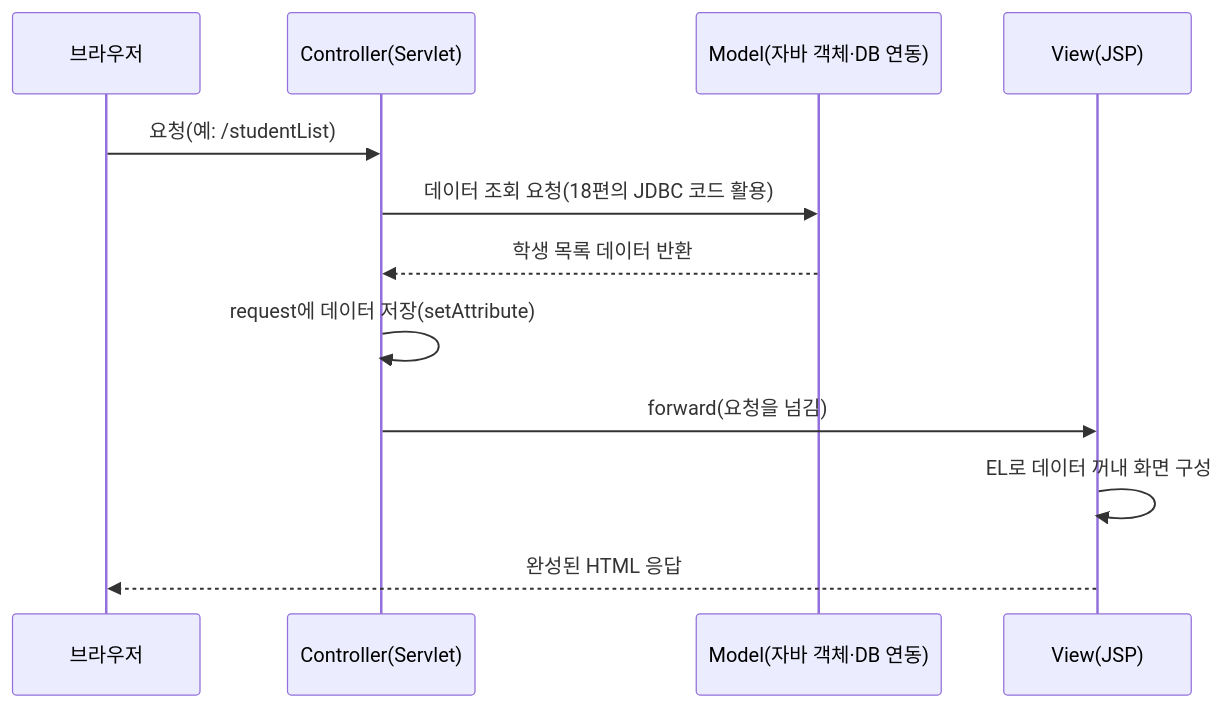
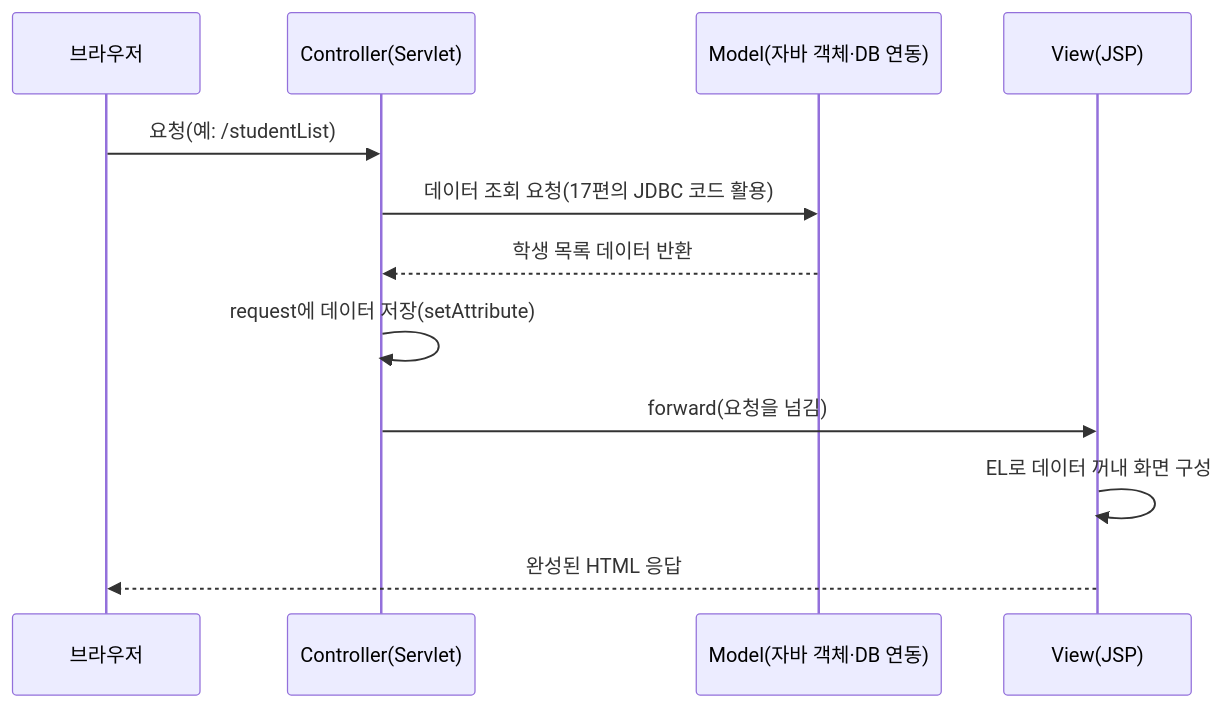
Before and after one commit to zenoK80/zeno-ai-docs: the second of 2 diagrams in content/독학사/4단계/통합프로그래밍/19_web-jsp-servlet.mdx, drawn with Mermaid. The commit also changed other lines of this file and 1368 other files, not shown here.

````diff
--- a/content/독학사/4단계/통합프로그래밍/19_web-jsp-servlet.mdx
+++ b/content/독학사/4단계/통합프로그래밍/19_web-jsp-servlet.mdx
@@ -115,14 +103,14 @@
 ```mermaid
 sequenceDiagram
     participant B as 브라우저
     participant C as Controller(Servlet)
     participant M as Model(자바 객체·DB 연동)
     participant V as View(JSP)
     B->>C: 요청(예: /studentList)
-    C->>M: 데이터 조회 요청(18편의 JDBC 코드 활용)
+    C->>M: 데이터 조회 요청(17편의 JDBC 코드 활용)
     M-->>C: 학생 목록 데이터 반환
     C->>C: request에 데이터 저장(setAttribute)
     C->>V: forward(요청을 넘김)
     V->>V: EL로 데이터 꺼내 화면 구성
     V-->>B: 완성된 HTML 응답
 ```
````
